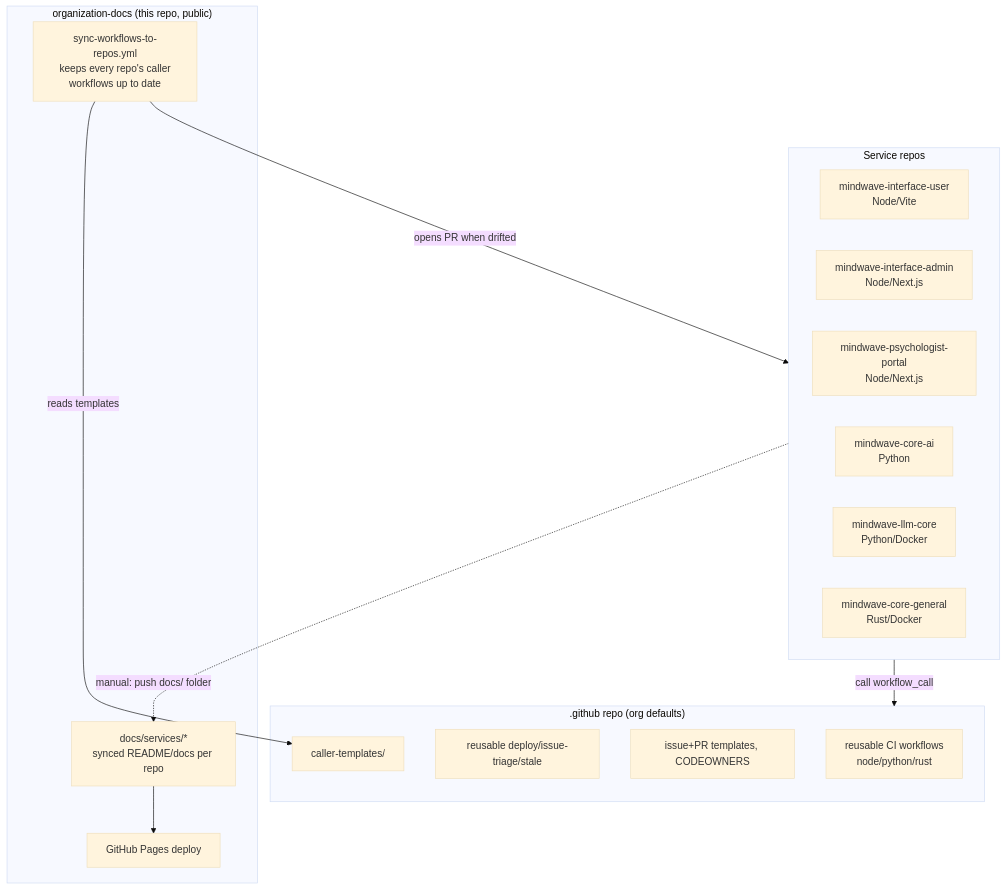
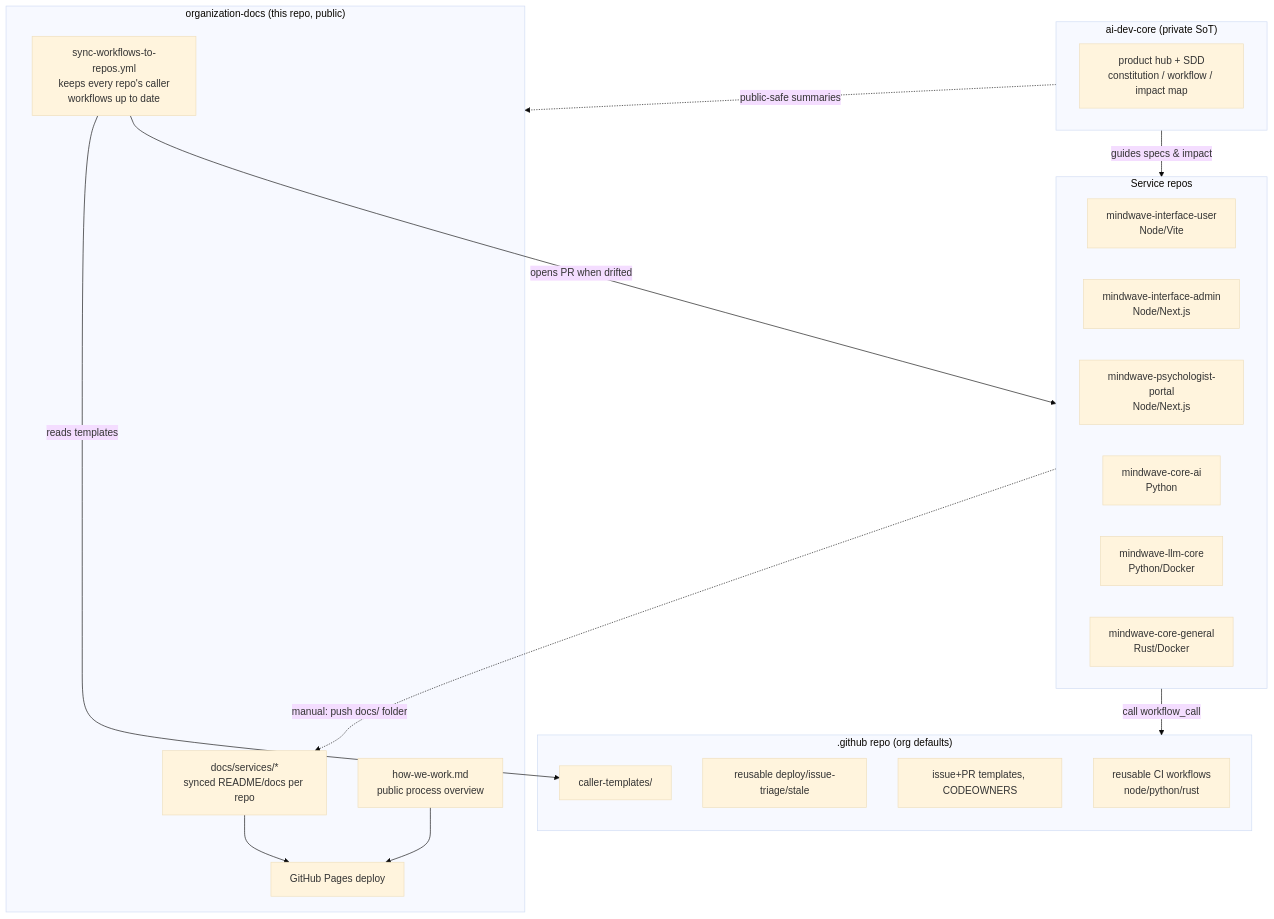
The diagram in docs/index.md (mindwave-th/organization-docs), drawn with Mermaid (base theme) before and after one commit. The commit also changed other lines of this file, not shown here.

Commit message:
docs: link How we work plan from homepage

````diff
--- a/docs/index.md
+++ b/docs/index.md
@@ -9,30 +12,38 @@
 ```mermaid
 flowchart TB
     subgraph repos["Service repos"]
         A[mindwave-interface-user<br/>Node/Vite]
         B[mindwave-interface-admin<br/>Node/Next.js]
         C[mindwave-psychologist-portal<br/>Node/Next.js]
         D[mindwave-core-ai<br/>Python]
         E[mindwave-llm-core<br/>Python/Docker]
         F[mindwave-core-general<br/>Rust/Docker]
     end
 
     subgraph central[".github repo (org defaults)"]
         G[reusable CI workflows<br/>node/python/rust]
         H[reusable deploy/issue-triage/stale]
         I[issue+PR templates, CODEOWNERS]
         J[caller-templates/]
     end
 
+    subgraph brain["ai-dev-core (private SoT)"]
+        N[product hub + SDD<br/>constitution / workflow / impact map]
+    end
+
     subgraph docshub["organization-docs (this repo, public)"]
         K[docs/services/*<br/>synced README/docs per repo]
         L[sync-workflows-to-repos.yml<br/>keeps every repo's caller<br/>workflows up to date]
         M[GitHub Pages deploy]
+        O[how-we-work.md<br/>public process overview]
     end
 
+    brain -->|guides specs & impact| repos
+    brain -.->|public-safe summaries| docshub
     repos -->|call workflow_call| central
     L -->|reads templates| J
     L -->|opens PR when drifted| repos
     repos -.->|manual: push docs/ folder| K
     K --> M
+    O --> M
 ```
````
